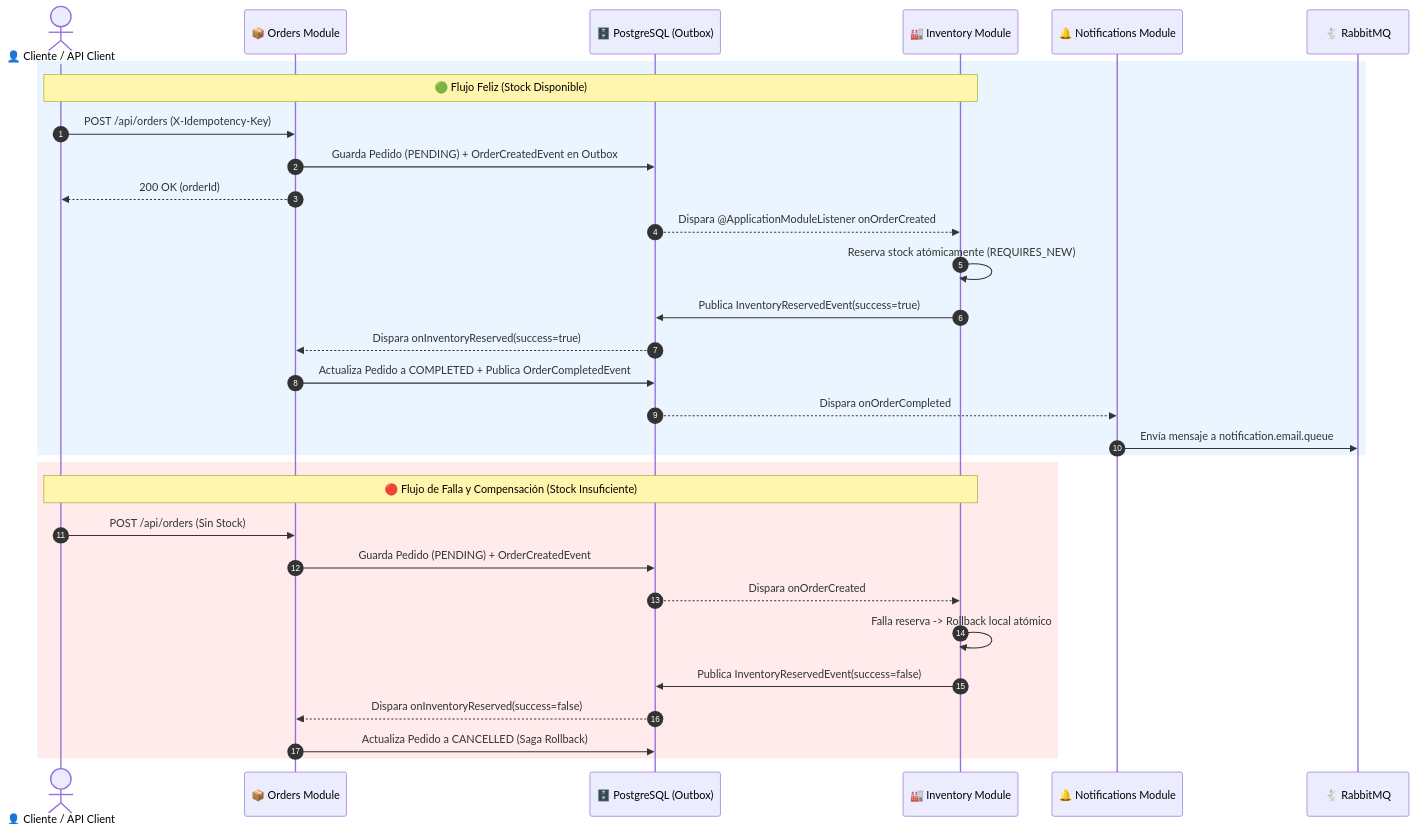
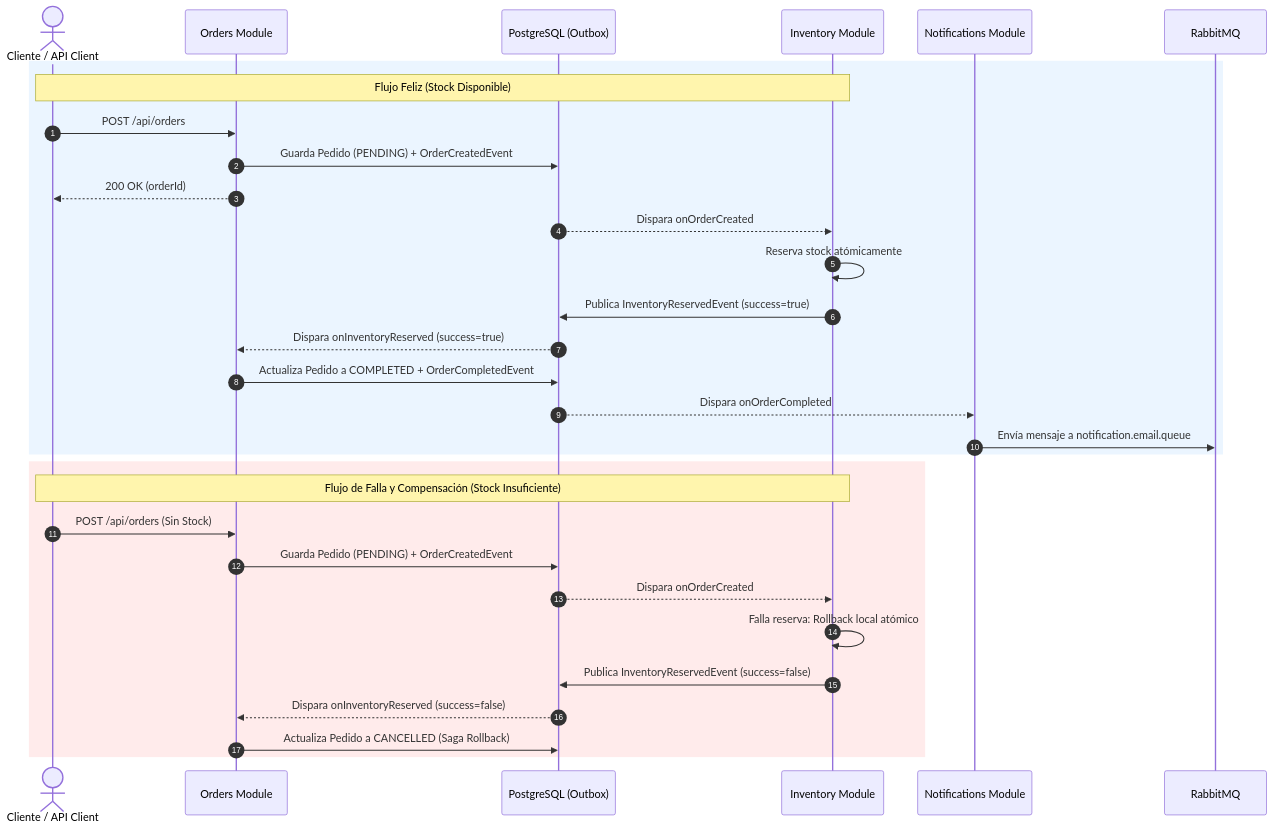
Before and after one commit to CharlyZeta/spring-modulith-order-saga: the second of 2 diagrams in README.md, drawn with Mermaid. The commit also changed other lines of this file, not shown here.

Commit message:
fix(docs): fix Mermaid diagram syntax errors in README.md

````diff
--- a/README.md
+++ b/README.md
@@ -63,35 +66,35 @@
 ```mermaid
 sequenceDiagram
     autonumber
-    actor Client as 👤 Cliente / API Client
-    participant API as 📦 Orders Module
-    participant DB as 🗄️ PostgreSQL (Outbox)
-    participant INV as 🏭 Inventory Module
-    participant NOTIF as 🔔 Notifications Module
-    participant MQ as 🐇 RabbitMQ
+    actor Client as Cliente / API Client
+    participant API as Orders Module
+    participant DB as PostgreSQL (Outbox)
+    participant INV as Inventory Module
+    participant NOTIF as Notifications Module
+    participant MQ as RabbitMQ
 
     rect rgb(235, 245, 255)
-        note over Client, INV: 🟢 Flujo Feliz (Stock Disponible)
-        Client->>API: POST /api/orders (X-Idempotency-Key)
-        API->>DB: Guarda Pedido (PENDING) + OrderCreatedEvent en Outbox
+        note over Client, INV: Flujo Feliz (Stock Disponible)
+        Client->>API: POST /api/orders
+        API->>DB: Guarda Pedido (PENDING) + OrderCreatedEvent
         API-->>Client: 200 OK (orderId)
-        DB-->>INV: Dispara @ApplicationModuleListener onOrderCreated
-        INV->>INV: Reserva stock atómicamente (REQUIRES_NEW)
-        INV->>DB: Publica InventoryReservedEvent(success=true)
-        DB-->>API: Dispara onInventoryReserved(success=true)
-        API->>DB: Actualiza Pedido a COMPLETED + Publica OrderCompletedEvent
+        DB-->>INV: Dispara onOrderCreated
+        INV->>INV: Reserva stock atómicamente
+        INV->>DB: Publica InventoryReservedEvent (success=true)
+        DB-->>API: Dispara onInventoryReserved (success=true)
+        API->>DB: Actualiza Pedido a COMPLETED + OrderCompletedEvent
         DB-->>NOTIF: Dispara onOrderCompleted
         NOTIF->>MQ: Envía mensaje a notification.email.queue
     end
 
     rect rgb(255, 235, 235)
-        note over Client, INV: 🔴 Flujo de Falla y Compensación (Stock Insuficiente)
+        note over Client, INV: Flujo de Falla y Compensación (Stock Insuficiente)
         Client->>API: POST /api/orders (Sin Stock)
         API->>DB: Guarda Pedido (PENDING) + OrderCreatedEvent
         DB-->>INV: Dispara onOrderCreated
-        INV->>INV: Falla reserva -> Rollback local atómico
-        INV->>DB: Publica InventoryReservedEvent(success=false)
-        DB-->>API: Dispara onInventoryReserved(success=false)
+        INV->>INV: Falla reserva: Rollback local atómico
+        INV->>DB: Publica InventoryReservedEvent (success=false)
+        DB-->>API: Dispara onInventoryReserved (success=false)
         API->>DB: Actualiza Pedido a CANCELLED (Saga Rollback)
     end
 ```
````
